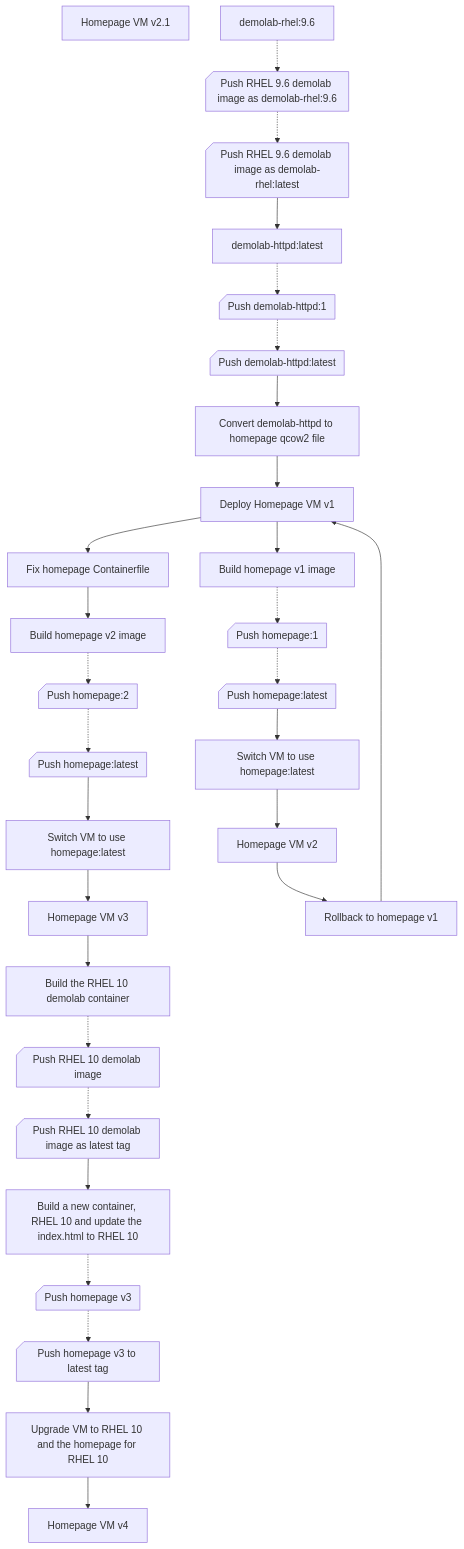
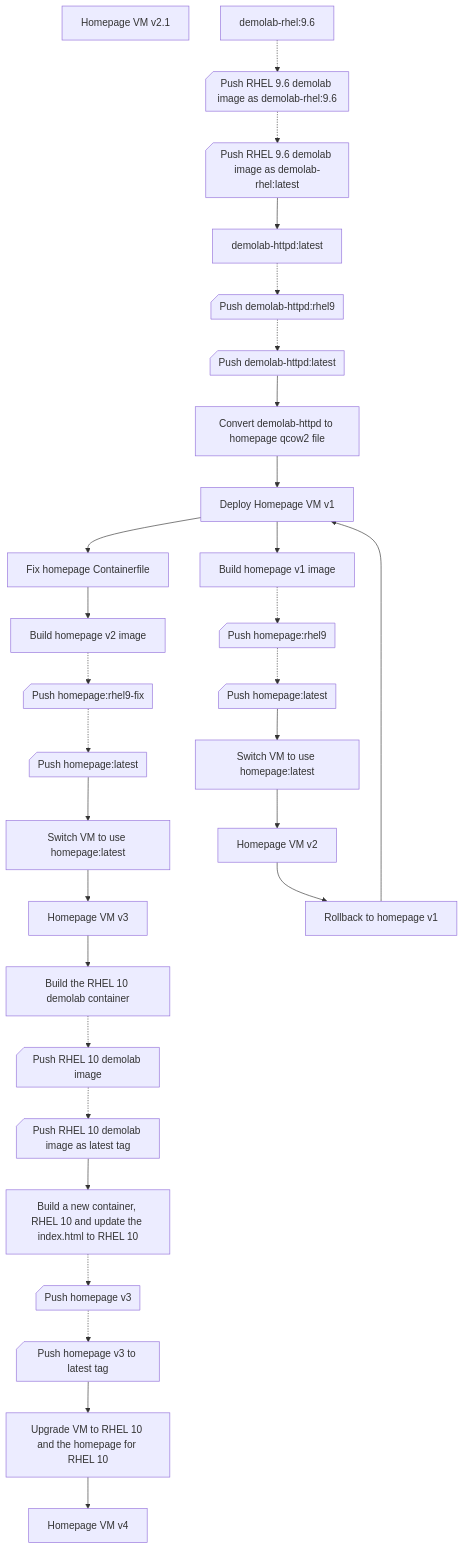
One commit to jvdbreggen/imagemodedemo changed the first of 10 diagrams in README.md. Above: the diagram before and after it, drawn with Mermaid. The commit also changed other lines of this file, not shown here.

````diff
--- a/README.md
+++ b/README.md
@@ -66,44 +66,44 @@
 ```mermaid
 graph TD;
 
 vm1homepage[Deploy Homepage VM v1];
 vm21homepage[Homepage VM v2.1];
 vm3homepage[Homepage VM v3];
 vm4homepage[Homepage VM v4];
 
 container_rhel96_1[demolab-rhel:9.6]-.->push_rhel96_1@{ shape: notch-rect, label: "Push RHEL 9.6 demolab image as demolab-rhel:9.6" };
 push_rhel96_1-.->push_rhel96_latest1@{ shape: notch-rect, label: "Push RHEL 9.6 demolab image as demolab-rhel:latest" };
 
 push_rhel96_latest1-->demolab_httpd_1[demolab-httpd:latest]
-demolab_httpd_1-.->push_httpd_1@{ shape: notch-rect, label: "Push demolab-httpd:1" };
+demolab_httpd_1-.->push_httpd_1@{ shape: notch-rect, label: "Push demolab-httpd:rhel9" };
 push_httpd_1-.->push_httpd_latest1@{ shape: notch-rect, label: "Push demolab-httpd:latest" };
 
 push_httpd_latest1-->convert_httpd_to_homepageVM[Convert demolab-httpd to homepage qcow2 file];
 convert_httpd_to_homepageVM-->vm1homepage;
 
 vm1homepage-->container_v1_homepage[Build homepage v1 image];
-container_v1_homepage-.->push_v1_homepage@{ shape: notch-rect, label: "Push homepage:1" };
+container_v1_homepage-.->push_v1_homepage@{ shape: notch-rect, label: "Push homepage:rhel9" };
 
 push_v1_homepage-.->push_homepage-latest1@{ shape: notch-rect, label: "Push homepage:latest" };
 push_homepage-latest1-->vm1homepage_switch[Switch VM to use homepage:latest];
 vm1homepage_switch-->vm2homepage[Homepage VM v2];
 
 vm2homepage-->rollback1[Rollback to homepage v1]-->vm1homepage;
 
 vm1homepage-->fix_homepage1[Fix homepage Containerfile];
 fix_homepage1-->container_v2_homepage[Build homepage v2 image];
-container_v2_homepage-.->push_v2_homepage@{ shape: notch-rect, label: "Push homepage:2" };
+container_v2_homepage-.->push_v2_homepage@{ shape: notch-rect, label: "Push homepage:rhel9-fix" };
 
 push_v2_homepage-.->push_homepage_v2_latest@{ shape: notch-rect, label: "Push homepage:latest" };
 push_homepage_v2_latest-->vm2homepage_switch[Switch VM to use homepage:latest];
 vm2homepage_switch-->vm3homepage[Homepage VM v3];
 
 vm3homepage-->container_rhel10[Build the RHEL 10 demolab container];
 container_rhel10-.->push_rhel10@{ shape: notch-rect, label: "Push RHEL 10 demolab image" };
 push_rhel10-.->push_rhel10_latest@{ shape: notch-rect, label: "Push RHEL 10 demolab image as latest tag" };
 push_rhel10_latest-->container_v3_homepage[Build a new container, RHEL 10 and update the index.html to RHEL 10];
 container_v3_homepage-.->push_v3_homepage@{ shape: notch-rect, label: "Push homepage v3" };
 push_v3_homepage-.->push_v3_homepage_latest@{ shape: notch-rect, label: "Push homepage v3 to latest tag" };
 push_v3_homepage_latest-->vm3homepage_upgrade[Upgrade VM to RHEL 10 and the homepage for RHEL 10];
 vm3homepage_upgrade-->vm4homepage[Homepage VM v4];
 ```
````
